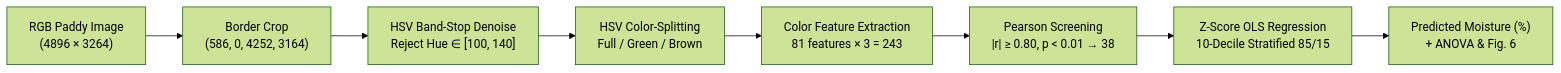
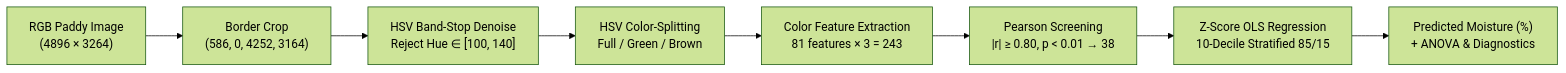
Before and after one commit to MonGZAZA/Rice-Moisture-Predict-via-Color: the diagram in README.md, drawn with Mermaid (forest theme). The commit also changed other lines of this file and 23 other files, not shown here.

````diff
--- a/README.md
+++ b/README.md
@@ -23,10 +23,10 @@
 ```mermaid
 flowchart LR
     A["RGB Paddy Image<br/>(4896 × 3264)"] --> B["Border Crop<br/>(586, 0, 4252, 3164)"]
     B --> C["HSV Band-Stop Denoise<br/>Reject Hue ∈ [100, 140]"]
     C --> D["HSV Color-Splitting<br/>Full / Green / Brown"]
     D --> E["Color Feature Extraction<br/>81 features × 3 = 243"]
     E --> F["Pearson Screening<br/>|r| ≥ 0.80, p < 0.01 → 38"]
     F --> G["Z-Score OLS Regression<br/>10-Decile Stratified 85/15"]
-    G --> H["Predicted Moisture (%)<br/>+ ANOVA & Fig. 6"]
+    G --> H["Predicted Moisture (%)<br/>+ ANOVA & Diagnostics"]
 ```
````
